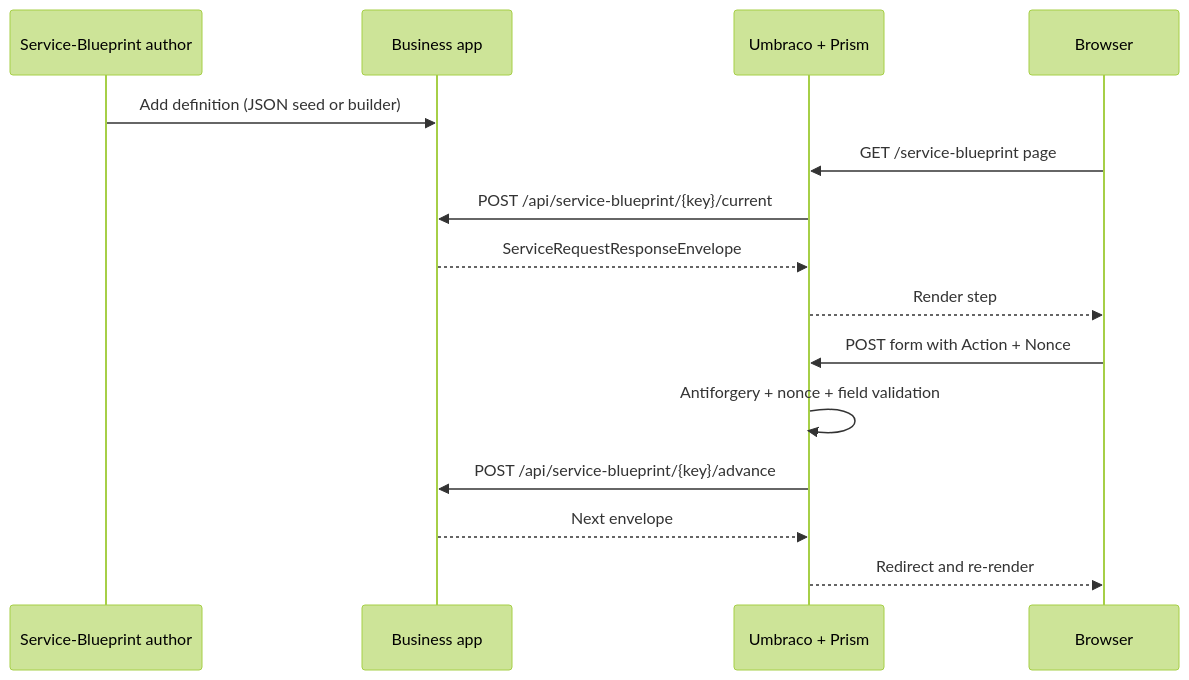
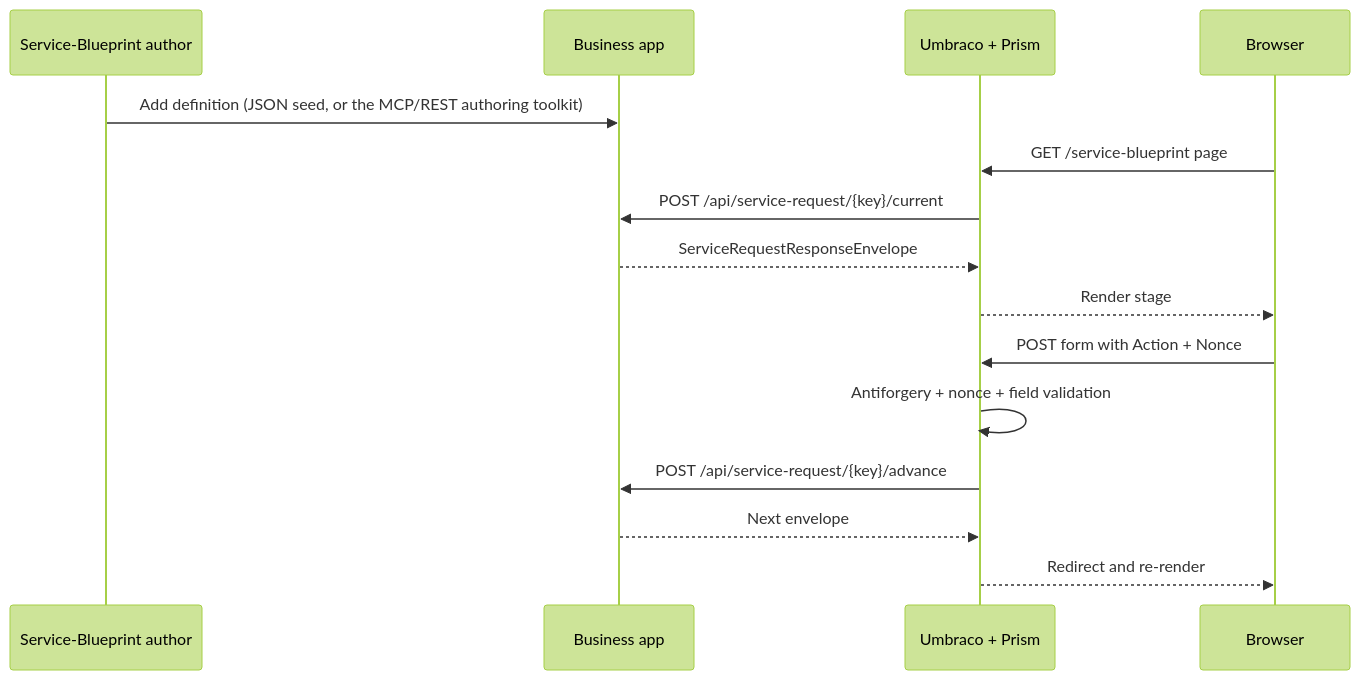
One commit to jonnymuir/Umbraco.Prism changed the diagram in docs/design/service-request-forms-engine-demo.md. Above: the diagram before and after it, drawn with Mermaid (forest theme). The commit also changed other lines of this file and 8 other files, not shown here.

````diff
--- a/docs/design/service-request-forms-engine-demo.md
+++ b/docs/design/service-request-forms-engine-demo.md
@@ -7,18 +7,18 @@
 ```mermaid
 sequenceDiagram
     participant Author as Service-Blueprint author
     participant BA as Business app
     participant U as Umbraco + Prism
     participant Browser as Browser
 
-    Author->>BA: Add definition (JSON seed or builder)
+    Author->>BA: Add definition (JSON seed, or the MCP/REST authoring toolkit)
     Browser->>U: GET /service-blueprint page
-    U->>BA: POST /api/service-blueprint/{key}/current
+    U->>BA: POST /api/service-request/{key}/current
     BA-->>U: ServiceRequestResponseEnvelope
-    U-->>Browser: Render step
+    U-->>Browser: Render stage
     Browser->>U: POST form with Action + Nonce
     U->>U: Antiforgery + nonce + field validation
-    U->>BA: POST /api/service-blueprint/{key}/advance
+    U->>BA: POST /api/service-request/{key}/advance
     BA-->>U: Next envelope
     U-->>Browser: Redirect and re-render
 ```
````
